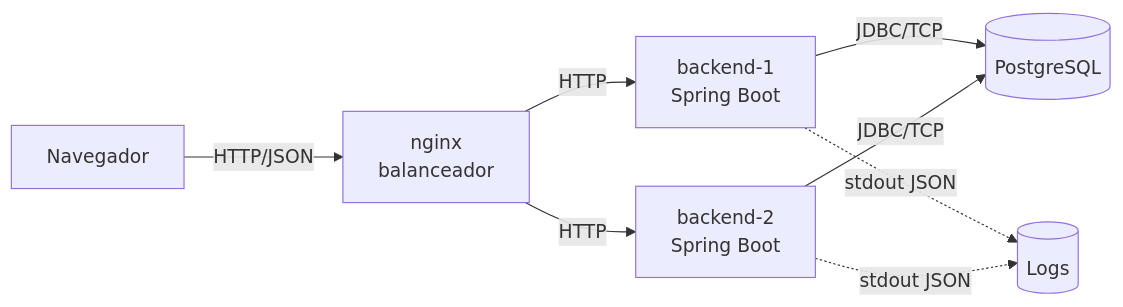
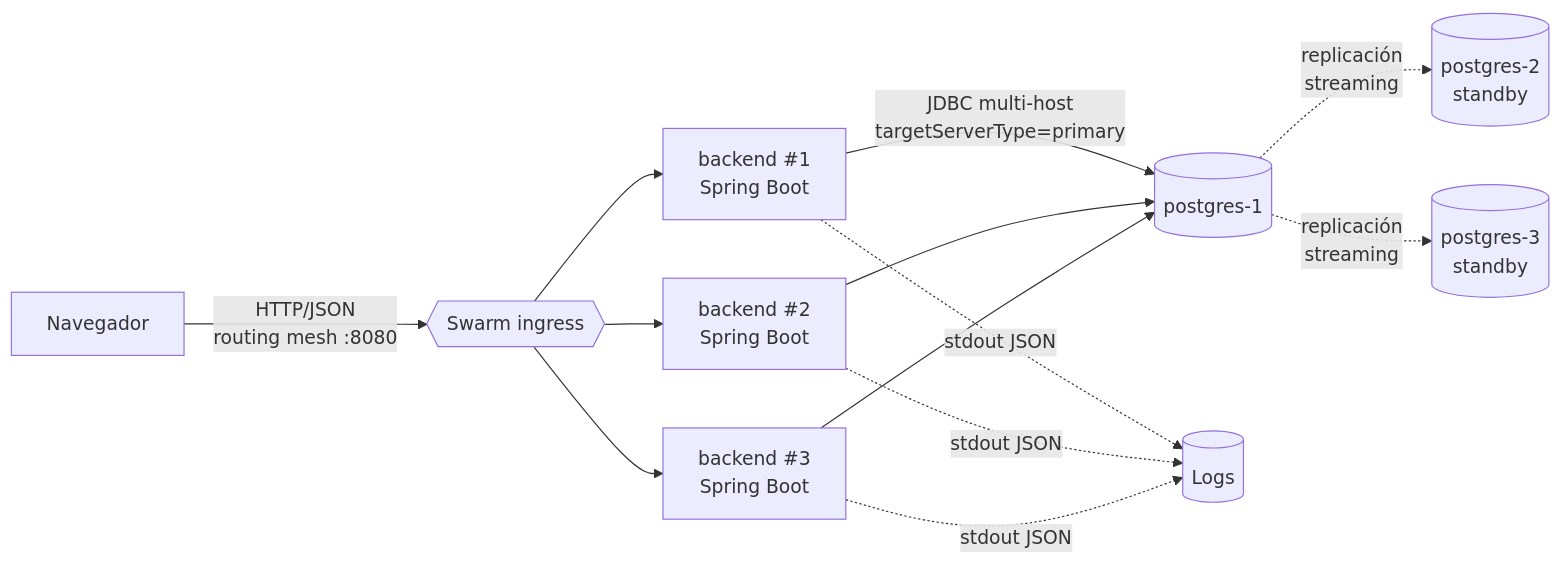
Before and after one commit to andreMD287/Taller1-ArquiSW: the third of 8 diagrams in backend/docs/documentacion-arquitectura.md, drawn with Mermaid. The commit also changed other lines of this file and 2 other files, not shown here.

````diff
--- a/backend/docs/documentacion-arquitectura.md
+++ b/backend/docs/documentacion-arquitectura.md
@@ -297,10 +360,15 @@
 ```mermaid
 graph LR
-    NAV[Navegador] -->|HTTP/JSON| NG[nginx<br/>balanceador]
-    NG -->|HTTP| B1[backend-1<br/>Spring Boot]
-    NG -->|HTTP| B2[backend-2<br/>Spring Boot]
-    B1 -->|JDBC/TCP| PG[(PostgreSQL)]
-    B2 -->|JDBC/TCP| PG
+    NAV[Navegador] -->|HTTP/JSON<br/>routing mesh :8080| SWARM{{Swarm ingress}}
+    SWARM --> B1[backend #1<br/>Spring Boot]
+    SWARM --> B2[backend #2<br/>Spring Boot]
+    SWARM --> B3[backend #3<br/>Spring Boot]
+    B1 -->|JDBC multi-host<br/>targetServerType=primary| PG1[(postgres-1)]
+    B2 --> PG1
+    B3 --> PG1
+    PG1 -.->|replicación<br/>streaming| PG2[(postgres-2<br/>standby)]
+    PG1 -.->|replicación<br/>streaming| PG3[(postgres-3<br/>standby)]
     B1 -.->|stdout JSON| LOG[(Logs)]
     B2 -.->|stdout JSON| LOG
+    B3 -.->|stdout JSON| LOG
 ```
````
